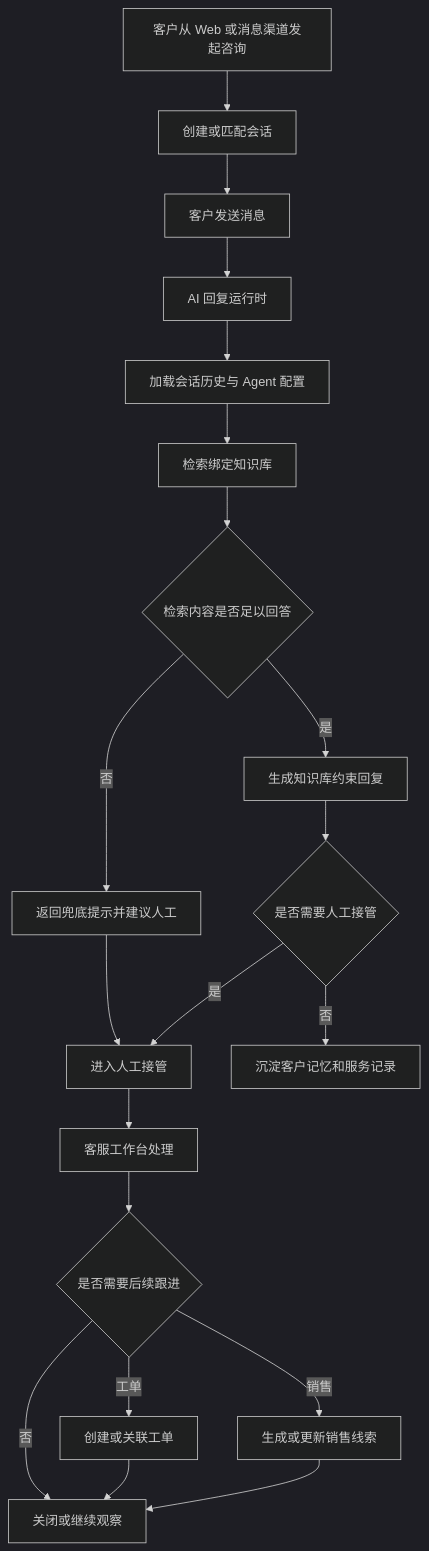
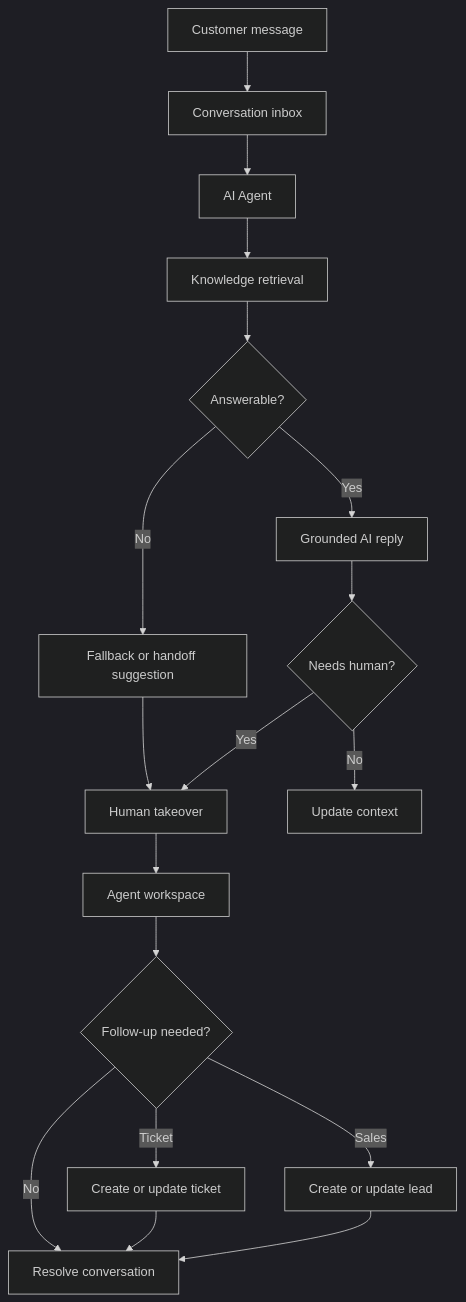
The diagram in README.md (AdS4TN/customer-service-desk), drawn with Mermaid (dark theme) before and after one commit. The commit also changed other lines of this file and 1 other file, not shown here.

````diff
--- a/README.md
+++ b/README.md
@@ -189,22 +83,20 @@
 ```mermaid
 flowchart TD
-    A[客户从 Web 或消息渠道发起咨询] --> B[创建或匹配会话]
-    B --> C[客户发送消息]
-    C --> D[AI 回复运行时]
-    D --> E[加载会话历史与 Agent 配置]
-    E --> F[检索绑定知识库]
-    F --> G{检索内容是否足以回答}
-    G -- 否 --> H[返回兜底提示并建议人工]
-    G -- 是 --> I[生成知识库约束回复]
-    I --> J{是否需要人工接管}
-    H --> K[进入人工接管]
-    J -- 是 --> K
-    J -- 否 --> L[沉淀客户记忆和服务记录]
-    K --> M[客服工作台处理]
-    M --> N{是否需要后续跟进}
-    N -- 工单 --> O[创建或关联工单]
-    N -- 销售 --> P[生成或更新销售线索]
-    N -- 否 --> Q[关闭或继续观察]
-    O --> Q
-    P --> Q
+    A[Customer message] --> B[Conversation inbox]
+    B --> C[AI Agent]
+    C --> D[Knowledge retrieval]
+    D --> E{Answerable?}
+    E -- Yes --> F[Grounded AI reply]
+    E -- No --> G[Fallback or handoff suggestion]
+    F --> H{Needs human?}
+    G --> I[Human takeover]
+    H -- Yes --> I
+    H -- No --> J[Update context]
+    I --> K[Agent workspace]
+    K --> L{Follow-up needed?}
+    L -- Ticket --> M[Create or update ticket]
+    L -- Sales --> N[Create or update lead]
+    L -- No --> O[Resolve conversation]
+    M --> O
+    N --> O
 ```
````
